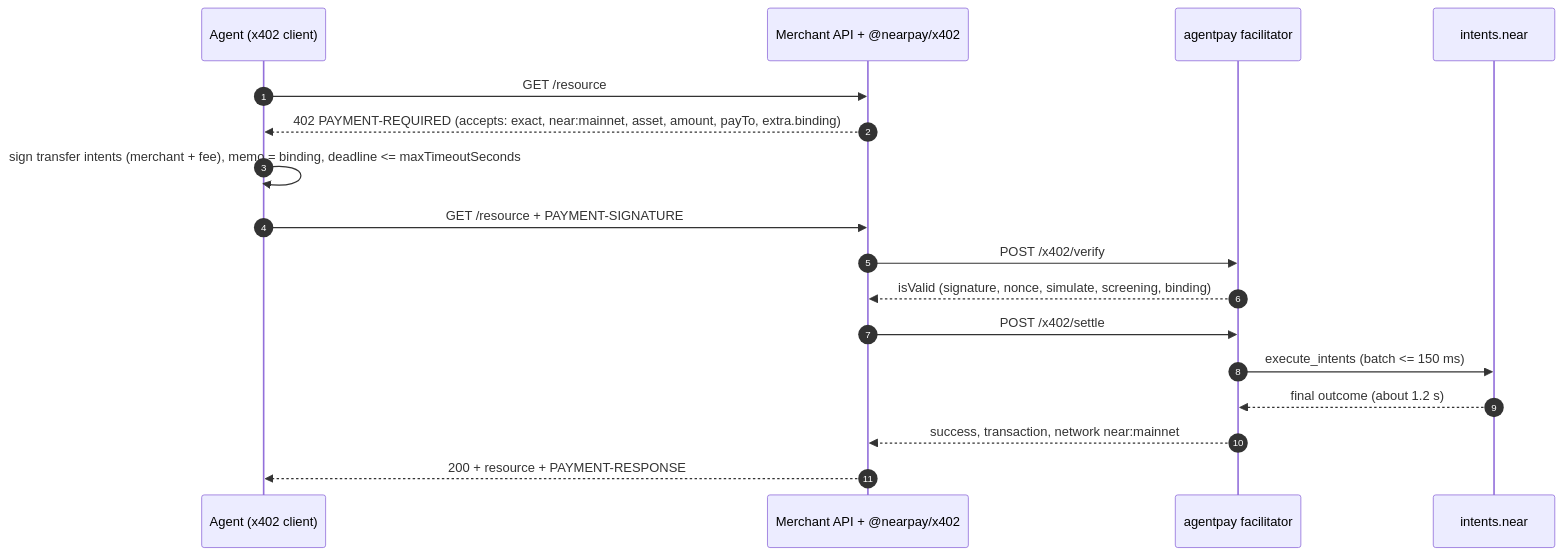
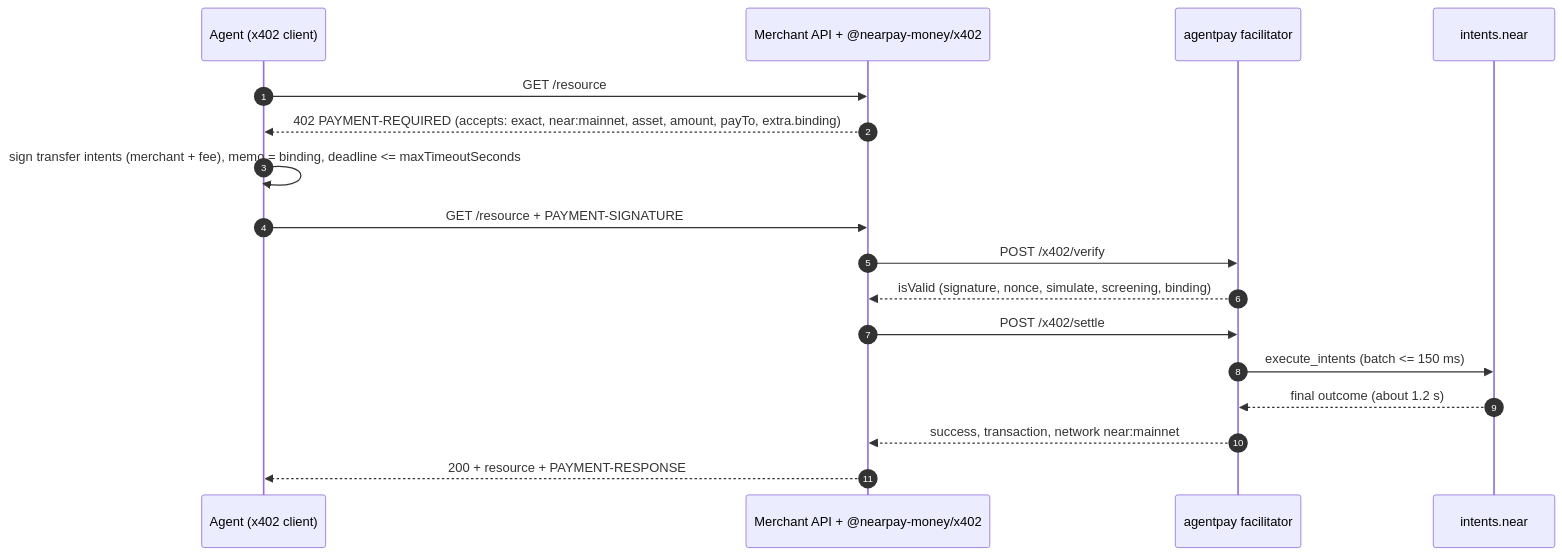
The seventh of 8 diagrams in architecture/flows.md (nearpay-money/nearpay-brain), drawn with Mermaid before and after one commit. The commit also changed 23 other files, not shown here.

First line of the commit message:
docs: ADR-0025 — public npm packages under @nearpay-money

````diff
--- a/architecture/flows.md
+++ b/architecture/flows.md
@@ -205,19 +205,19 @@
 ```mermaid
 sequenceDiagram
   autonumber
   participant A as Agent (x402 client)
-  participant RS as Merchant API + @nearpay/x402
+  participant RS as Merchant API + @nearpay-money/x402
   participant AP as agentpay facilitator
   participant V as intents.near
   A->>RS: GET /resource
   RS-->>A: 402 PAYMENT-REQUIRED (accepts: exact, near:mainnet, asset, amount, payTo, extra.binding)
   A->>A: sign transfer intents (merchant + fee), memo = binding, deadline <= maxTimeoutSeconds
   A->>RS: GET /resource + PAYMENT-SIGNATURE
   RS->>AP: POST /x402/verify
   AP-->>RS: isValid (signature, nonce, simulate, screening, binding)
   RS->>AP: POST /x402/settle
   AP->>V: execute_intents (batch <= 150 ms)
   V-->>AP: final outcome (about 1.2 s)
   AP-->>RS: success, transaction, network near:mainnet
   RS-->>A: 200 + resource + PAYMENT-RESPONSE
 ```
````
